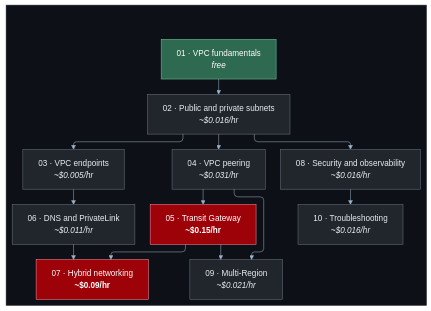
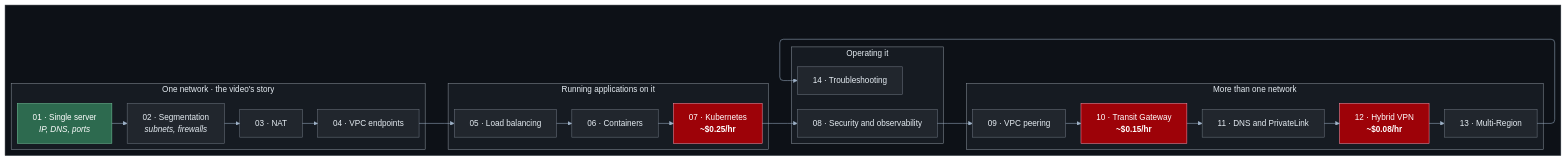
One commit to HuyNguyen260398/aws-network-architecture changed the diagram in docs/learning-path.md. Above: the diagram before and after it, drawn with Mermaid. The commit also changed other lines of this file and 13 other files, not shown here.

First line of the commit message:
docs: describe the single-project lab structure and map the video's concepts

````diff
--- a/docs/learning-path.md
+++ b/docs/learning-path.md
@@ -59,53 +56,58 @@
 ```mermaid
 ---
 config:
   layout: elk
   theme: base
   themeVariables:
     lineColor: "#9fb3c8"
     textColor: "#e6edf3"
     primaryColor: "#21262d"
     primaryTextColor: "#e6edf3"
     primaryBorderColor: "#6e7681"
     edgeLabelBackground: "#0d1117"
     clusterBkg: "#161b22"
     clusterBorder: "#6e7681"
     titleColor: "#e6edf3"
   flowchart:
     curve: rounded
     wrappingWidth: 420
 ---
-flowchart TD
+flowchart LR
     subgraph CANVAS[" "]
-        L01["01 · VPC fundamentals<br/><i>free</i>"]
-        L02["02 · Public and private subnets<br/><i>~$0.016/hr</i>"]
-        L03["03 · VPC endpoints<br/><i>~$0.005/hr</i>"]
-        L04["04 · VPC peering<br/><i>~$0.031/hr</i>"]
-        L05["05 · Transit Gateway<br/><b>~$0.15/hr</b>"]
-        L06["06 · DNS and PrivateLink<br/><i>~$0.011/hr</i>"]
-        L07["07 · Hybrid networking<br/><b>~$0.09/hr</b>"]
-        L08["08 · Security and observability<br/><i>~$0.016/hr</i>"]
-        L09["09 · Multi-Region<br/><i>~$0.021/hr</i>"]
-        L10["10 · Troubleshooting<br/><i>~$0.016/hr</i>"]
+        subgraph FOUND["One network · the video's story"]
+            L01["01 · Single server<br/><i>IP, DNS, ports</i>"]
+            L02["02 · Segmentation<br/><i>subnets, firewalls</i>"]
+            L03["03 · NAT"]
+            L04["04 · VPC endpoints"]
+        end
+        subgraph APPS["Running applications on it"]
+            L05["05 · Load balancing"]
+            L06["06 · Containers"]
+            L07["07 · Kubernetes<br/><b>~$0.25/hr</b>"]
+        end
+        subgraph OPS["Operating it"]
+            L08["08 · Security and observability"]
+            L14["14 · Troubleshooting"]
+        end
+        subgraph MANY["More than one network"]
+            L09["09 · VPC peering"]
+            L10["10 · Transit Gateway<br/><b>~$0.15/hr</b>"]
+            L11["11 · DNS and PrivateLink"]
+            L12["12 · Hybrid VPN<br/><b>~$0.08/hr</b>"]
+            L13["13 · Multi-Region"]
+        end
     end
 
-    L01 --> L02
-    L02 --> L03
-    L02 --> L04
-    L03 --> L06
-    L04 --> L05
-    L04 --> L09
-    L05 --> L07
-    L06 --> L07
-    L02 --> L08
-    L08 --> L10
-    L05 --> L09
+    L01 --> L02 --> L03 --> L04 --> L05 --> L06 --> L07 --> L08
+    L08 --> L09 --> L10 --> L11 --> L12 --> L13 --> L14
 
     classDef canvas fill:#0d1117,stroke:#30363d,color:#e6edf3
+    classDef vpc fill:#161b22,stroke:#8b949e,color:#e6edf3
     classDef free fill:#2d6a4f,stroke:#74c69d,color:#fff
     classDef billed fill:#9d0208,stroke:#ff8fa3,color:#fff
 
     class CANVAS canvas
+    class FOUND,APPS,OPS,MANY vpc
+    class L07,L10,L12 billed
     class L01 free
-    class L05,L07 billed
 ```
````
